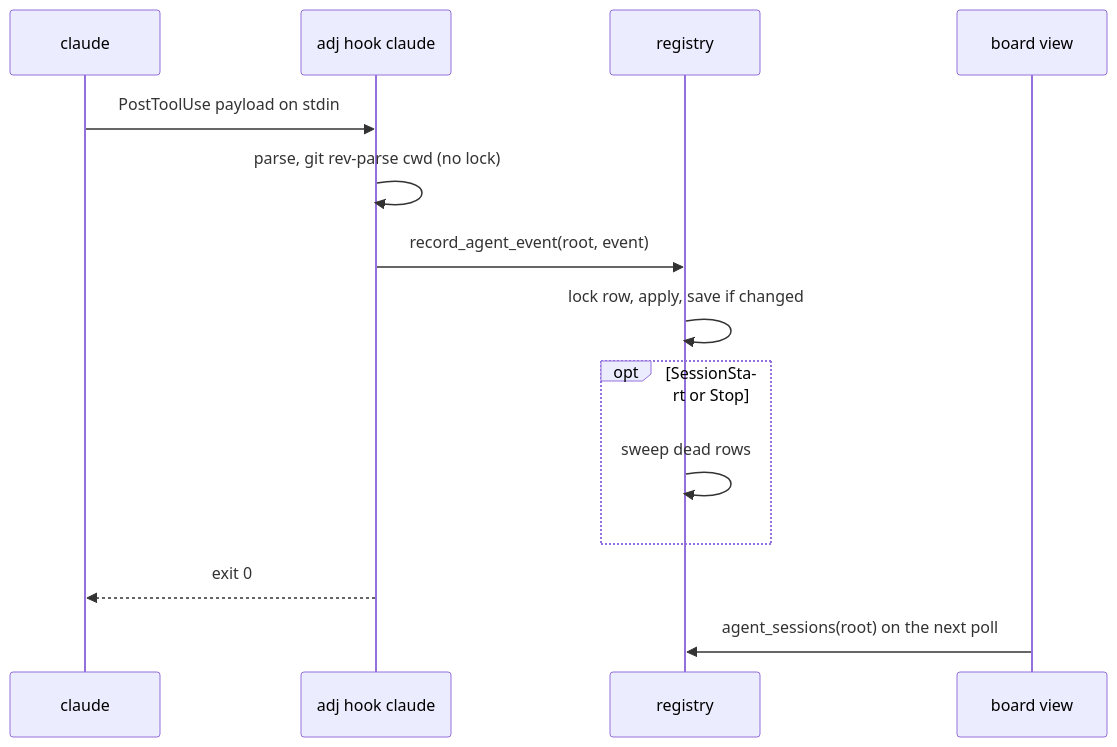
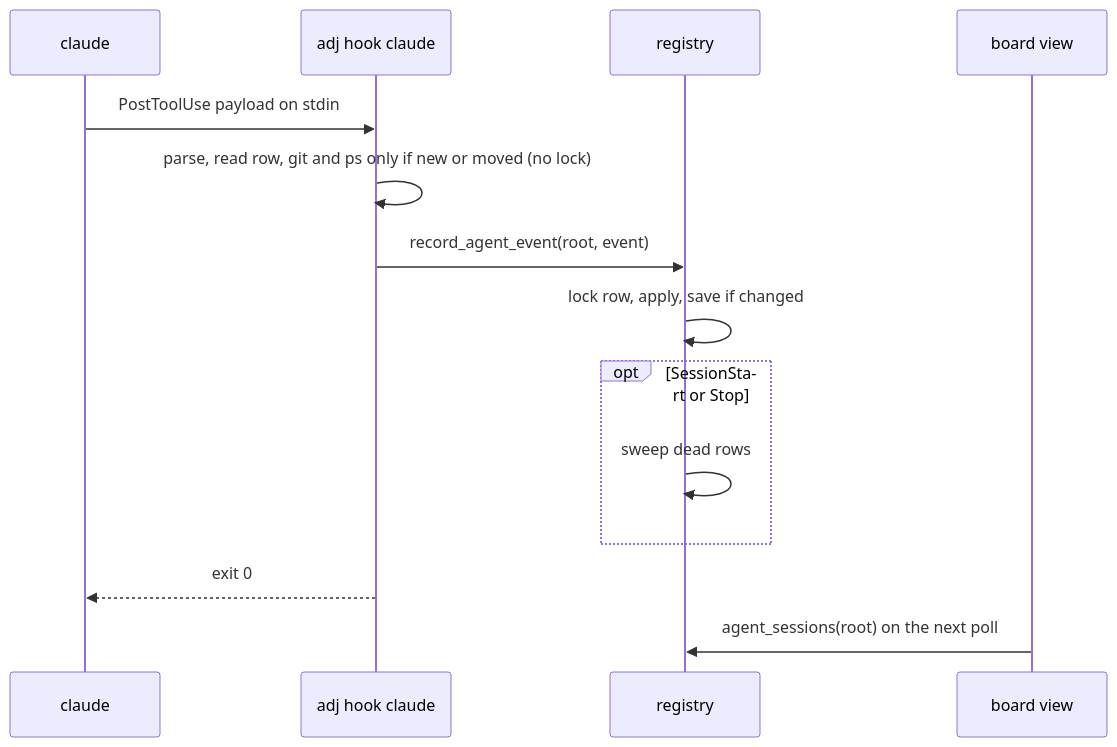
Before and after one commit to syarihu/agent-adjutant: the diagram in docs/session-state.md, drawn with Mermaid. The commit also changed other lines of this file, not shown here.

````diff
--- a/docs/session-state.md
+++ b/docs/session-state.md
@@ -183,16 +191,16 @@
 ```mermaid
 sequenceDiagram
     participant Agent as claude
     participant Hook as adj hook claude
     participant Reg as registry
     participant Board as board view
     Agent->>Hook: PostToolUse payload on stdin
-    Hook->>Hook: parse, git rev-parse cwd (no lock)
+    Hook->>Hook: parse, read row, git and ps only if new or moved (no lock)
     Hook->>Reg: record_agent_event(root, event)
     Reg->>Reg: lock row, apply, save if changed
     opt SessionStart or Stop
         Reg->>Reg: sweep dead rows
     end
     Hook-->>Agent: exit 0
     Board->>Reg: agent_sessions(root) on the next poll
 ```
````
